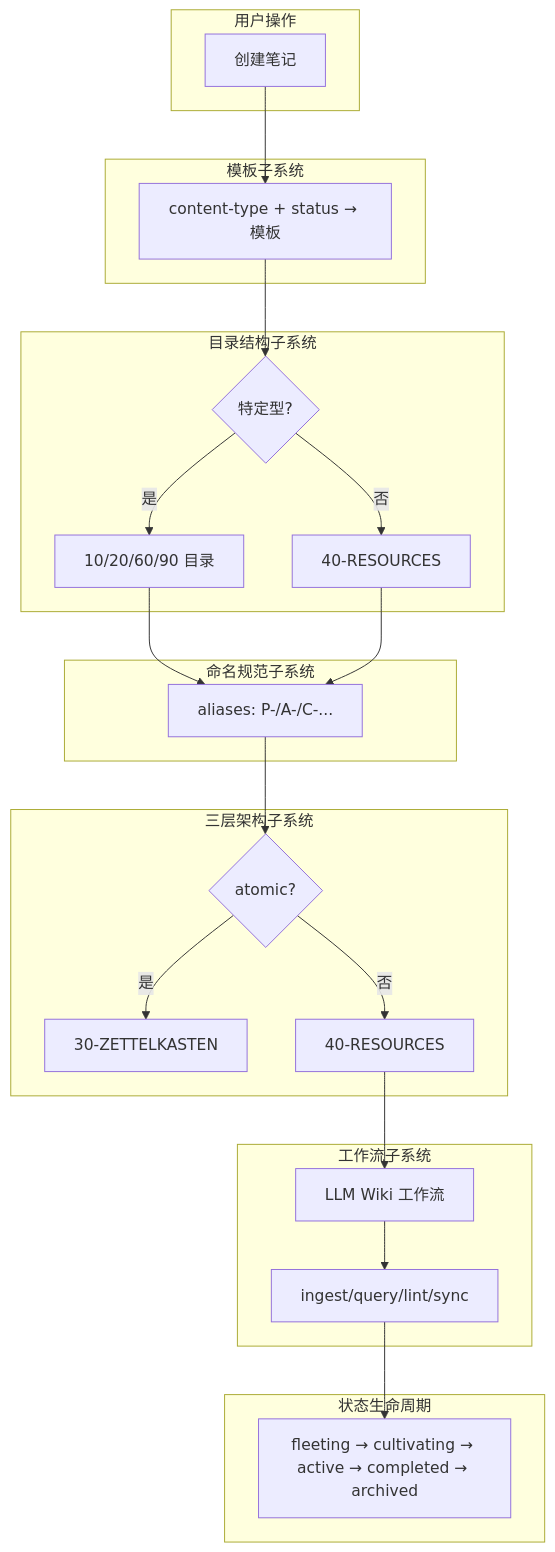
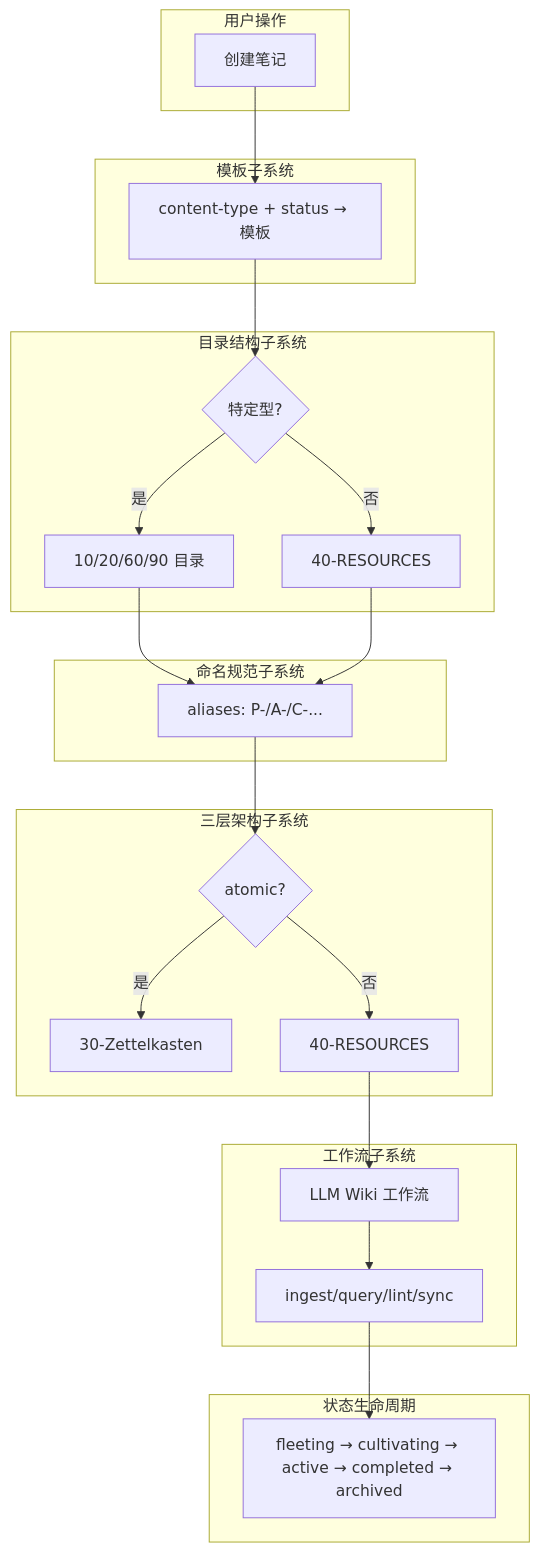
Before and after one commit to pedyc/dg.pedyc: the diagram in content/00-META/Architecture/本库子系统概述.md, drawn with Mermaid. The commit also changed other lines of this file and 36 other files, not shown here.

````diff
--- a/content/00-META/Architecture/本库子系统概述.md
+++ b/content/00-META/Architecture/本库子系统概述.md
@@ -41,36 +41,36 @@
 ```mermaid
 flowchart TD
     subgraph 用户操作
     A[创建笔记]
     end
 
     subgraph 模板子系统
     A --> B[content-type + status → 模板]
     end
 
     subgraph 目录结构子系统
     B --> C{特定型?}
     C -->|是| D[10/20/60/90 目录]
     C -->|否| E[40-RESOURCES]
     end
 
     subgraph 命名规范子系统
     D --> F[aliases: P-/A-/C-...]
     E --> F
     end
 
     subgraph 三层架构子系统
     F --> G{atomic?}
-    G -->|是| H[30-ZETTELKASTEN]
+    G -->|是| H[30-Zettelkasten]
     G -->|否| I[40-RESOURCES]
     end
 
     subgraph 工作流子系统
     I --> J[LLM Wiki 工作流]
     J --> K[ingest/query/lint/sync]
     end
 
     subgraph 状态生命周期
     K --> L[fleeting → cultivating → active → completed → archived]
     end
 ```
````
